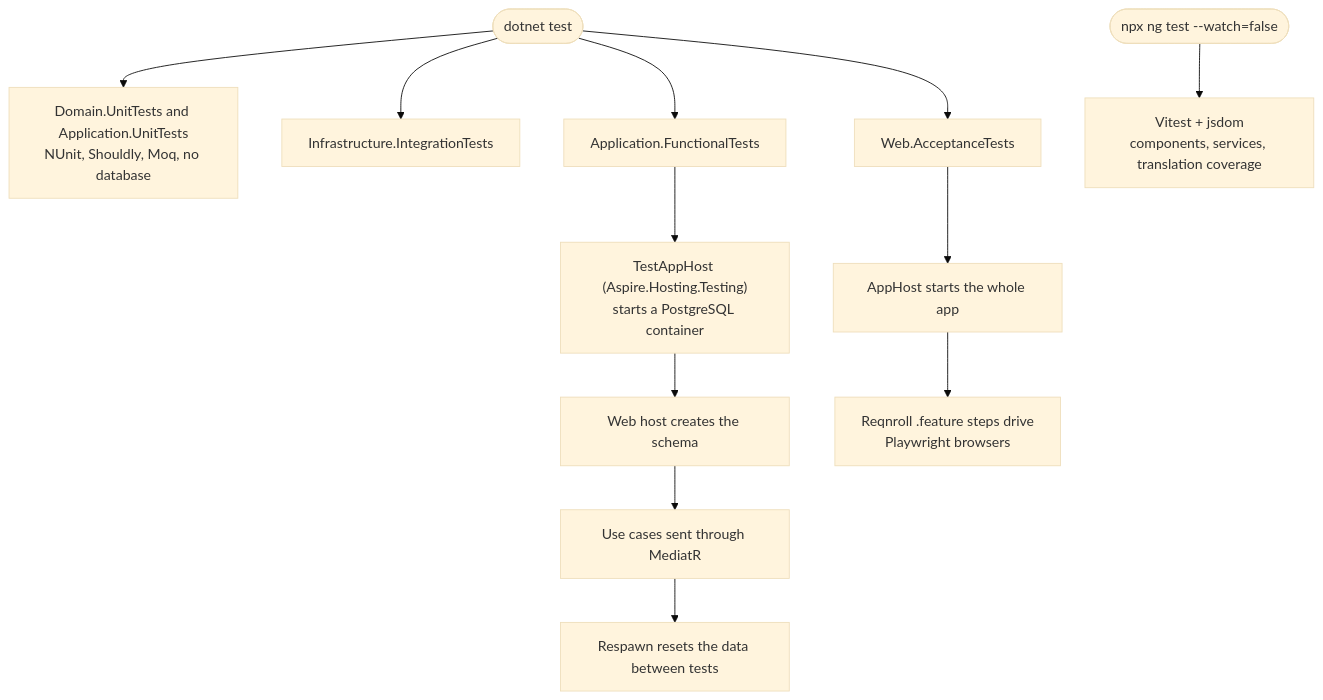
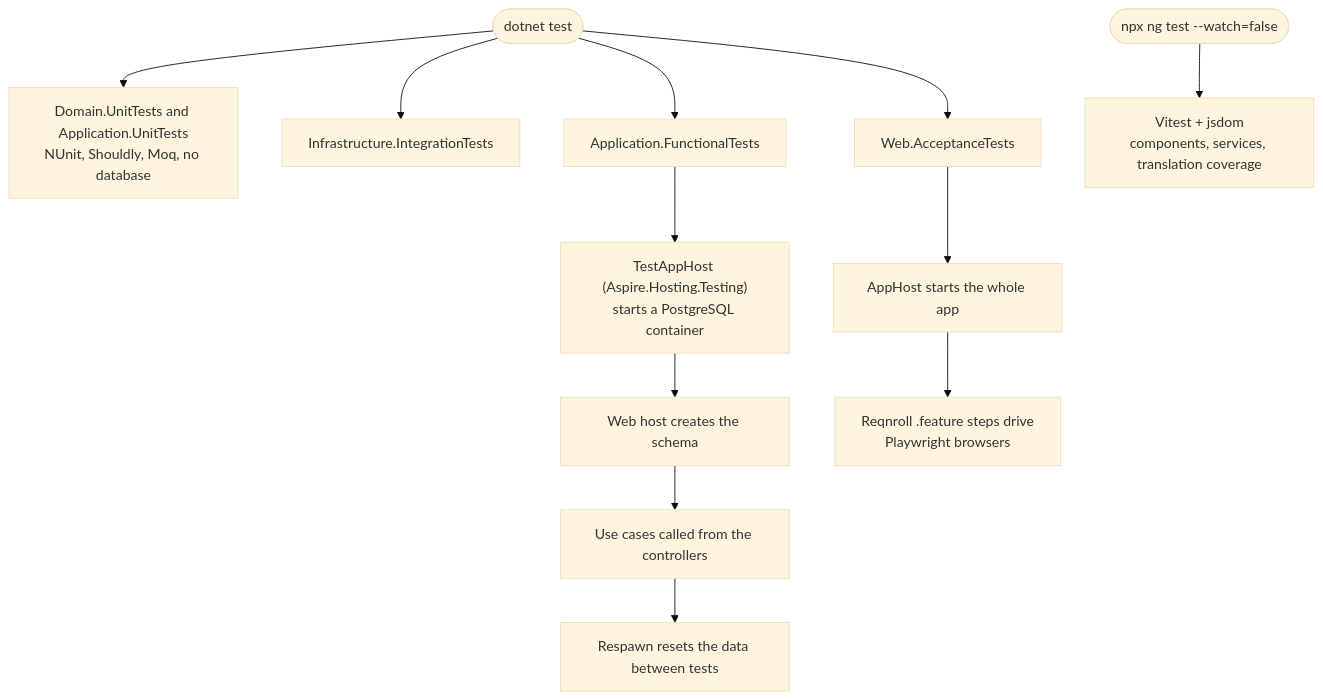
Diagram 20 of 22 in README.md (ahmedshahjr/Education-Portal), drawn with Mermaid (base theme) before and after one commit. The commit also changed other lines of this file and 409 other files, not shown here.

````diff
--- a/README.md
+++ b/README.md
@@ -865,14 +866,14 @@
 ```mermaid
 flowchart TB
     run(["dotnet test"]) --> unit["Domain.UnitTests and Application.UnitTests<br/>NUnit, Shouldly, Moq, no database"]
     run --> integ["Infrastructure.IntegrationTests"]
     run --> func["Application.FunctionalTests"]
     func --> tah["TestAppHost (Aspire.Hosting.Testing)<br/>starts a PostgreSQL container"]
     tah --> web["Web host creates the schema"]
-    web --> cases["Use cases sent through MediatR"]
+    web --> cases["Use cases called from the controllers"]
     cases --> respawn["Respawn resets the data between tests"]
     run --> acc["Web.AcceptanceTests"]
     acc --> ah["AppHost starts the whole app"]
     ah --> pw["Reqnroll .feature steps drive<br/>Playwright browsers"]
     ng(["npx ng test --watch=false"]) --> vitest["Vitest + jsdom<br/>components, services, translation coverage"]
 ```
````
